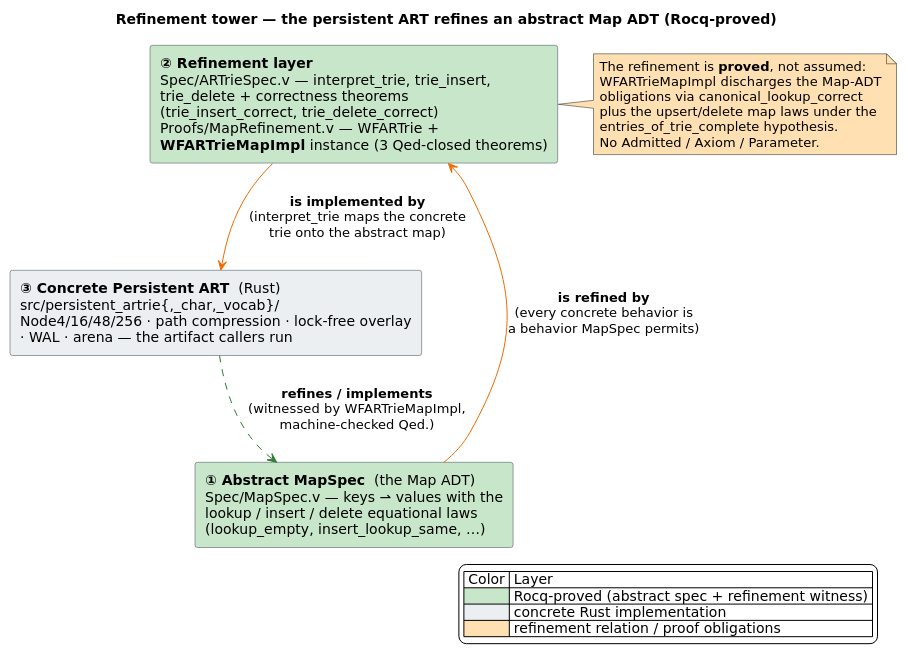
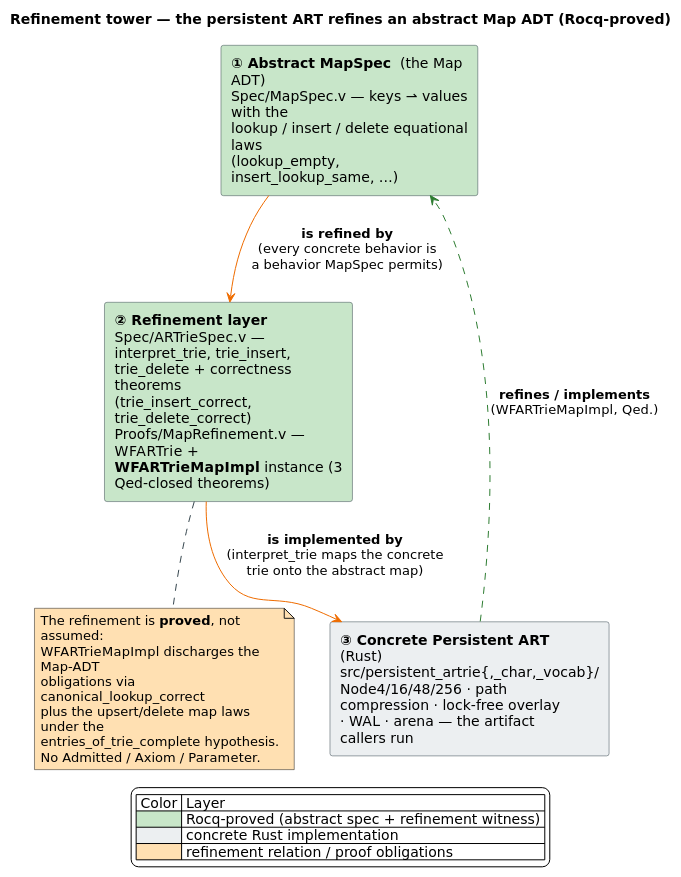
The diagram in docs/diagrams/src/refinement-tower.puml (vinary-tree/libdictenstein), drawn with PlantUML before and after one commit. The commit also changed 279 other files, not shown here.

```diff
--- a/docs/diagrams/src/refinement-tower.puml
+++ b/docs/diagrams/src/refinement-tower.puml
@@ -1,66 +1,67 @@
 @startuml refinement-tower
 ' ============================================================================
 ' refinement-tower — the ADT refinement stack the Rocq proofs establish.
 '
 ' libdictenstein proves the persistent ART REFINES an abstract map ADT. The
 ' tower reads TOP-DOWN as "is refined by / is implemented by", BOTTOM-UP as
 ' "refines / implements":
 '   ┌ abstract MapSpec (the Map ADT: lookup/insert/delete laws)
 '   ├ ARTrieSpec.v + Proofs/MapRefinement.v  — the refinement layer
 '   └ concrete Persistent ART (Rust)         — the implementation
 ' The middle layer's `WFARTrieMapImpl` instance is the machine-checked witness
 ' that the concrete trie's observable behavior is a behavior MapSpec permits.
 '
 ' Grounded in formal-verification/README.md (Key Theorems #1-#5; "Map
 ' Refinement: ARTrie correctly implements Map ADT") and VERIFICATION_RESULTS.md
 ' (Proofs/MapRefinement.v — 3 Qed'd theorems incl. WFARTrieMapImpl).
 '
 ' Color key (verification palette — task spec):
 '   green #C8E6C9 = Rocq-proved layers (abstract spec + refinement witness)
 '   grey  #ECEFF1 = the concrete Rust implementation under the spec
 '   amber #FFE0B2 = the proof obligations / refinement relation labels
 ' ============================================================================
 skinparam backgroundColor #FFFFFF
 skinparam defaultFontName "DejaVu Sans"
+skinparam wrapWidth 240
 skinparam shadowing false
 skinparam ArrowColor #37474F
 skinparam ArrowFontName "DejaVu Sans"
 skinparam rectangle {
   BorderColor #37474F
   FontName "DejaVu Sans"
 }
 
 title Refinement tower — the persistent ART refines an abstract Map ADT (Rocq-proved)
 
 ' --- Layer 1 (top): the abstract specification (ADT) ------------------------
 rectangle "**① Abstract MapSpec**  (the Map ADT)\nSpec/MapSpec.v — keys ⇀ values with the\nlookup / insert / delete equational laws\n(lookup_empty, insert_lookup_same, …)" as MapSpec #C8E6C9
 
 ' --- Layer 2 (middle): the refinement layer ---------------------------------
 rectangle "**② Refinement layer**\nSpec/ARTrieSpec.v — interpret_trie, trie_insert,\ntrie_delete + correctness theorems\n(trie_insert_correct, trie_delete_correct)\nProofs/MapRefinement.v — WFARTrie +\n**WFARTrieMapImpl** instance (3 Qed-closed theorems)" as Refine #C8E6C9
 
 ' --- Layer 3 (bottom): the concrete implementation --------------------------
 rectangle "**③ Concrete Persistent ART**  (Rust)\nsrc/persistent_artrie{,_char,_vocab}/\nNode4/16/48/256 · path compression · lock-free overlay\n· WAL · arena — the artifact callers run" as Impl #ECEFF1
 
 ' --- Refinement relation arrows (top-down = refined/implemented by) ---------
 MapSpec -[#EF6C00]-> Refine : **is refined by**\n(every concrete behavior is\na behavior MapSpec permits)
 Refine -[#EF6C00]-> Impl : **is implemented by**\n(interpret_trie maps the concrete\ntrie onto the abstract map)
 
 ' --- The upward witness (bottom-up = refines/implements) --------------------
-Impl -[#2E7D32,dashed]-> MapSpec : **refines / implements**\n(witnessed by WFARTrieMapImpl,\nmachine-checked Qed.)
+Impl -[#2E7D32,dashed]-> MapSpec : **refines / implements**\n(WFARTrieMapImpl, Qed.)
 
-note right of Refine #FFE0B2
+note bottom of Refine #FFE0B2
   The refinement is **proved**, not assumed:
   WFARTrieMapImpl discharges the Map-ADT
   obligations via canonical_lookup_correct
   plus the upsert/delete map laws under the
   entries_of_trie_complete hypothesis.
   No Admitted / Axiom / Parameter.
 end note
 
-legend right
+legend bottom
 | Color | Layer |
 |<#C8E6C9>| Rocq-proved (abstract spec + refinement witness) |
 |<#ECEFF1>| concrete Rust implementation |
 |<#FFE0B2>| refinement relation / proof obligations |
 endlegend
 @enduml
```
